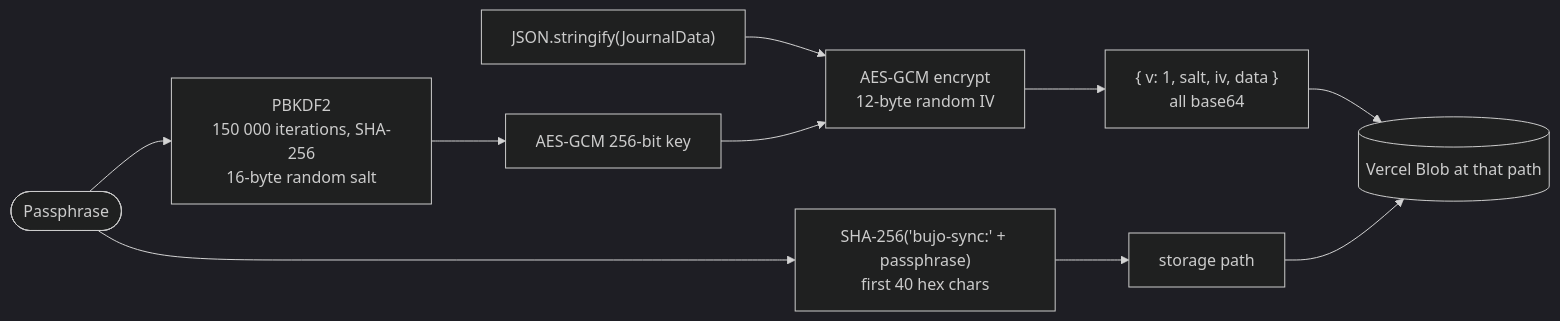
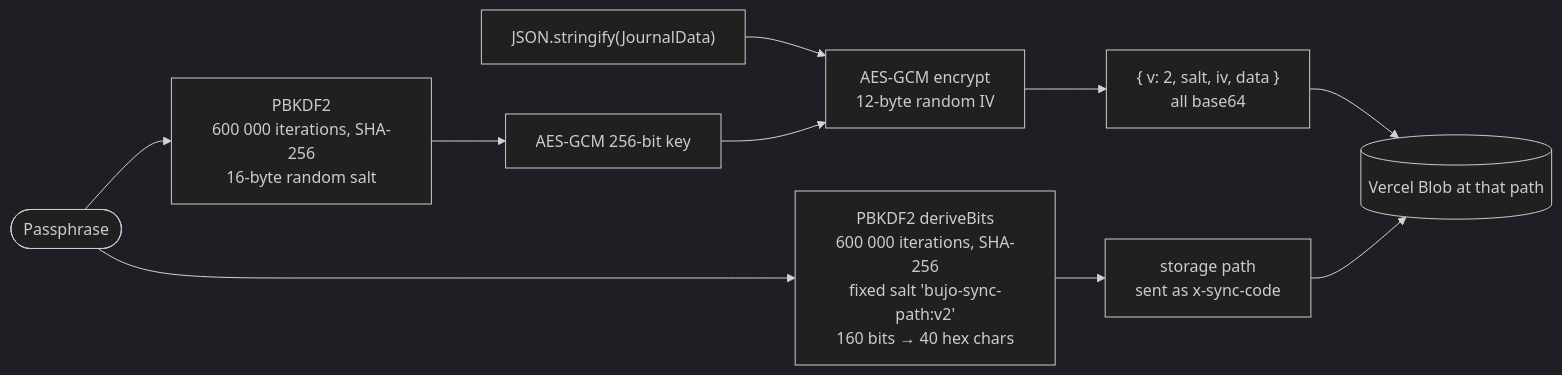
The second of 4 diagrams in docs/diagrams/storage-and-sync.md (SathishKumarAI/bujo), drawn with Mermaid (dark theme) before and after one commit. The commit also changed other lines of this file and 9 other files, not shown here.

````diff
--- a/docs/diagrams/storage-and-sync.md
+++ b/docs/diagrams/storage-and-sync.md
@@ -94,14 +94,14 @@
 ```mermaid
 flowchart LR
-  pass([Passphrase]) --> kdf["PBKDF2<br/>150 000 iterations, SHA-256<br/>16-byte random salt"]
+  pass([Passphrase]) --> kdf["PBKDF2<br/>600 000 iterations, SHA-256<br/>16-byte random salt"]
   kdf --> key["AES-GCM 256-bit key"]
   json["JSON.stringify(JournalData)"] --> encrypt
   key --> encrypt["AES-GCM encrypt<br/>12-byte random IV"]
-  encrypt --> blob["{ v: 1, salt, iv, data }<br/>all base64"]
+  encrypt --> blob["{ v: 2, salt, iv, data }<br/>all base64"]
 
-  pass --> hash["SHA-256('bujo-sync:' + passphrase)<br/>first 40 hex chars"]
-  hash --> path["storage path"]
+  pass --> code["PBKDF2 deriveBits<br/>600 000 iterations, SHA-256<br/>fixed salt 'bujo-sync-path:v2'<br/>160 bits → 40 hex chars"]
+  code --> path["storage path<br/>sent as x-sync-code"]
 
   blob --> upload[("Vercel Blob at that path")]
   path --> upload
 ```
````
